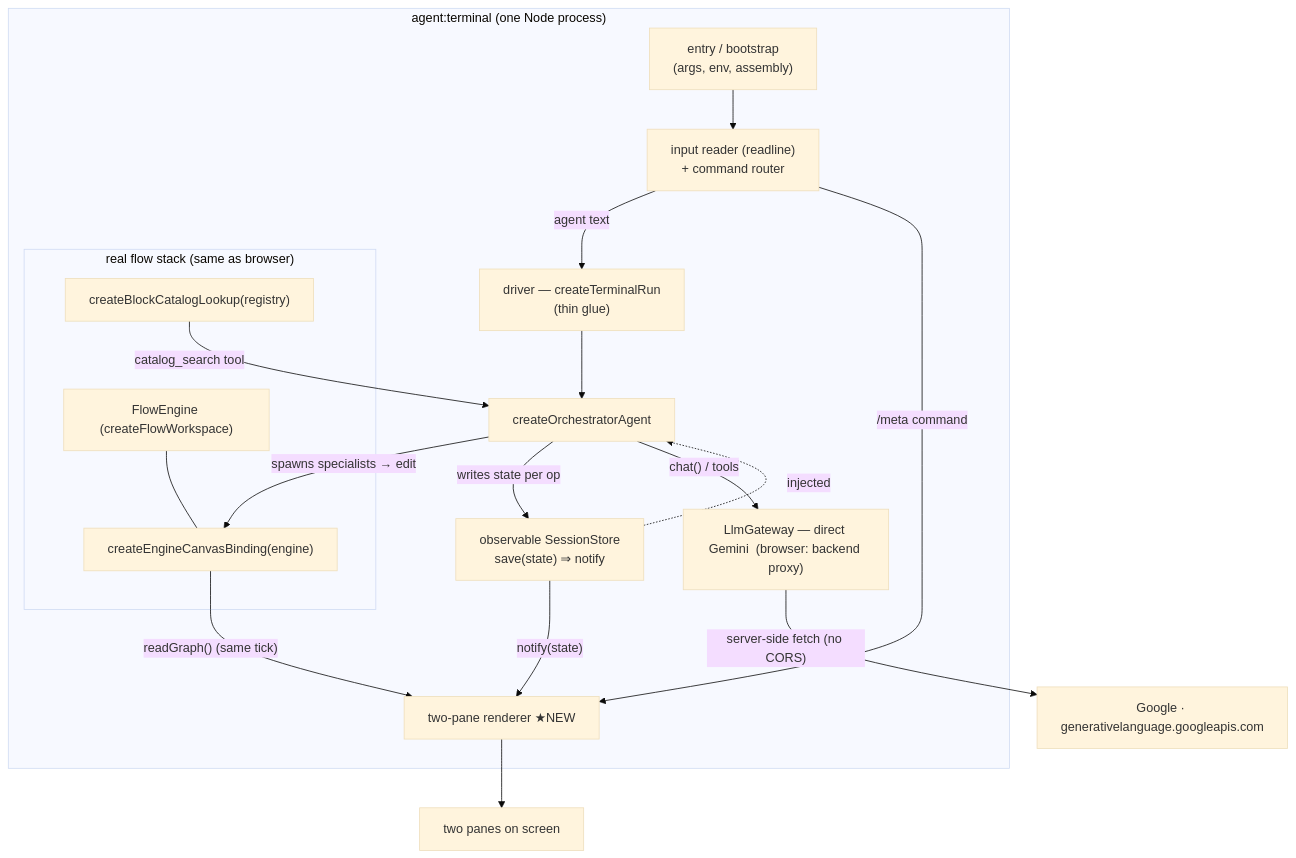
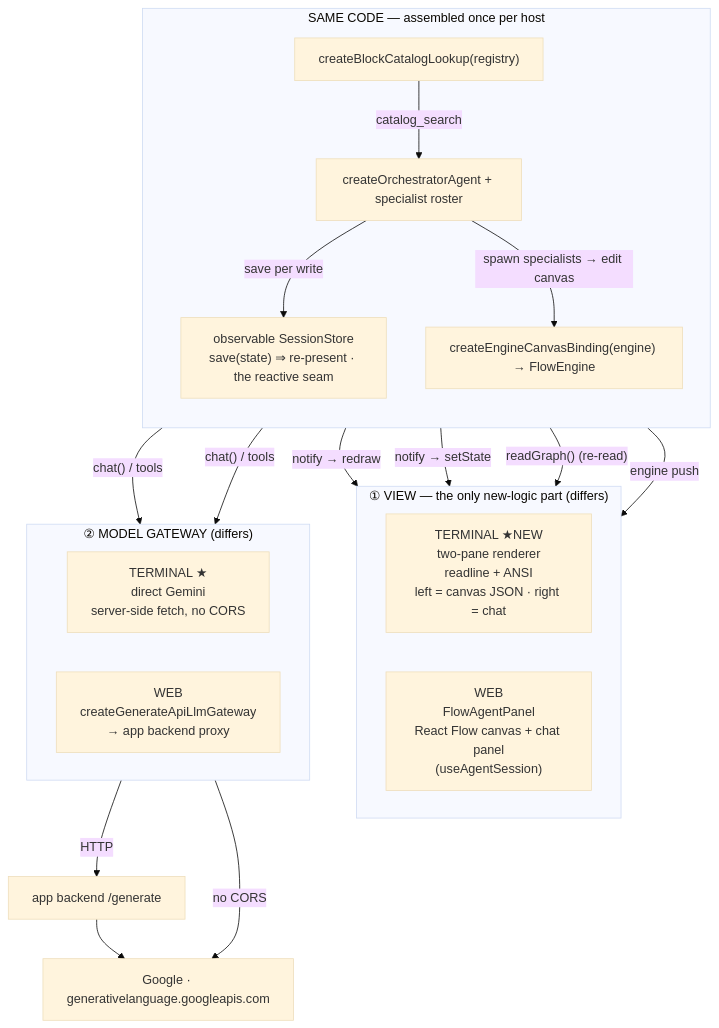
Before and after one commit to lemoncloud-io/eureka-flow: the first of 2 diagrams in docs/browser-agent/design/local-terminal.md, drawn with Mermaid (base theme). The commit also changed other lines of this file, not shown here.

Commit message:
docs(agent): terminal-vs-web architecture diagram
Redraw local-terminal.md §3 as a terminal-vs-web comparison: one shared core
(SessionStore → orchestrator → engine binding → block catalog) between two
per-host injection points — the view (① terminal renderer vs web
FlowAgentPanel) and the model gateway (② direct Gemini vs backend proxy).

````diff
--- a/docs/browser-agent/design/local-terminal.md
+++ b/docs/browser-agent/design/local-terminal.md
@@ -93,33 +96,37 @@
 ```mermaid
 flowchart TB
-  subgraph proc["agent:terminal (one Node process)"]
-    ENTRY["entry / bootstrap<br/>(args, env, assembly)"]
-    IN["input reader (readline)<br/>+ command router"]
-    DRV["driver — createTerminalRun<br/>(thin glue)"]
-    STORE["observable SessionStore<br/>save(state) ⇒ notify"]
-    ORCH["createOrchestratorAgent"]
-    REND["two-pane renderer  ★NEW"]
+  subgraph view["① VIEW — the only new-logic part (differs)"]
+    direction LR
+    TV["TERMINAL ★NEW<br/>two-pane renderer<br/>readline + ANSI<br/>left = canvas JSON · right = chat"]
+    WV["WEB<br/>FlowAgentPanel<br/>React Flow canvas + chat panel<br/>(useAgentSession)"]
+  end
 
-    subgraph real["real flow stack (same as browser)"]
-      ENG["FlowEngine (createFlowWorkspace)"]
-      BIND["createEngineCanvasBinding(engine)"]
-      CAT["createBlockCatalogLookup(registry)"]
-      ENG --- BIND
-    end
-    GW["LlmGateway — direct Gemini  (browser: backend proxy)"]
+  subgraph core["SAME CODE — assembled once per host"]
+    direction TB
+    STORE["observable SessionStore<br/>save(state) ⇒ re-present · the reactive seam"]
+    ORCH["createOrchestratorAgent + specialist roster"]
+    BIND["createEngineCanvasBinding(engine) → FlowEngine"]
+    CAT["createBlockCatalogLookup(registry)"]
+    CAT -- "catalog_search" --> ORCH
+    ORCH -- "spawn specialists → edit canvas" --> BIND
+    ORCH -- "save per write" --> STORE
+  end
 
-    ENTRY --> IN
-    IN -- "agent text" --> DRV
-    IN -- "/meta command" --> REND
-    DRV --> ORCH
-    STORE -. injected .-> ORCH
-    ORCH -- "writes state per op" --> STORE
-    ORCH -- "spawns specialists → edit" --> BIND
-    ORCH -- "chat() / tools" --> GW
-    CAT -- "catalog_search tool" --> ORCH
-    STORE -- "notify(state)" --> REND
-    BIND -- "readGraph() (same tick)" --> REND
+  subgraph gw["② MODEL GATEWAY (differs)"]
+    direction LR
+    TG["TERMINAL ★<br/>direct Gemini<br/>server-side fetch, no CORS"]
+    WG["WEB<br/>createGenerateApiLlmGateway<br/>→ app backend proxy"]
   end
-  REND --> SCREEN["two panes on screen"]
-  GW -- "server-side fetch (no CORS)" --> GOOG["Google · generativelanguage.googleapis.com"]
+
+  STORE -- "notify → redraw" --> TV
+  STORE -- "notify → setState" --> WV
+  BIND -- "readGraph() (re-read)" --> TV
+  BIND -- "engine push" --> WV
+
+  ORCH -- "chat() / tools" --> TG
+  ORCH -- "chat() / tools" --> WG
+
+  TG -- "no CORS" --> GEM["Google · generativelanguage.googleapis.com"]
+  WG -- "HTTP" --> PROXY["app backend /generate"]
+  PROXY --> GEM
 ```
````
